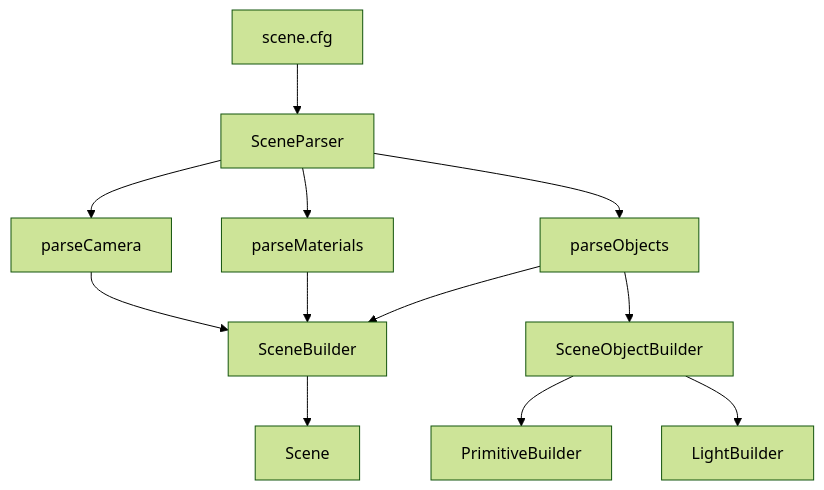
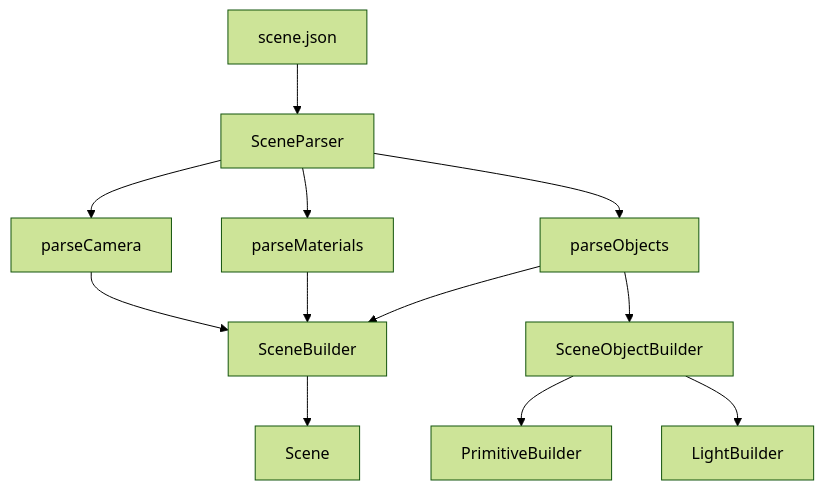
The diagram in docs/builders-and-factories.md (JJE-Corpo/Raytracer), drawn with Mermaid (forest theme) before and after one commit. The commit also changed other lines of this file and 2 other files, not shown here.

````diff
--- a/docs/builders-and-factories.md
+++ b/docs/builders-and-factories.md
@@ -16,16 +16,16 @@
 ```mermaid
 flowchart TD
-    Cfg[scene.cfg] --> Parser[SceneParser]
+    Json[scene.json] --> Parser[SceneParser]
     Parser --> Camera[parseCamera]
     Parser --> Mats[parseMaterials]
     Parser --> Objects[parseObjects]
 
     Objects --> SOB[SceneObjectBuilder]
     SOB --> PB[PrimitiveBuilder]
     SOB --> LB[LightBuilder]
 
     Camera --> SB[SceneBuilder]
     Mats --> SB
     Objects --> SB
     SB --> Scene[Scene]
 ```
````
